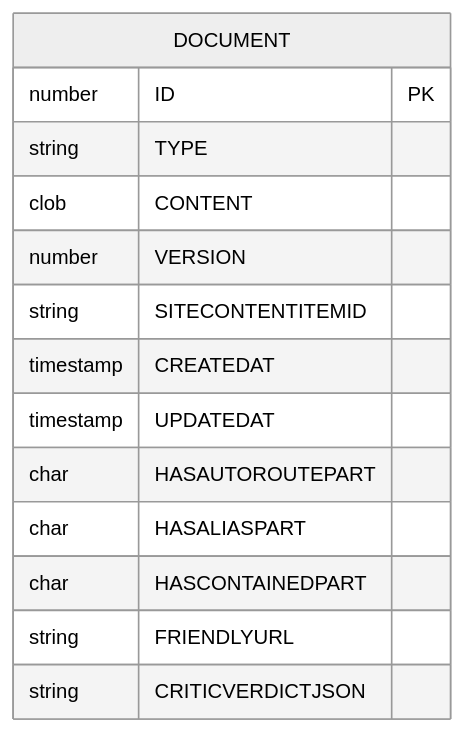
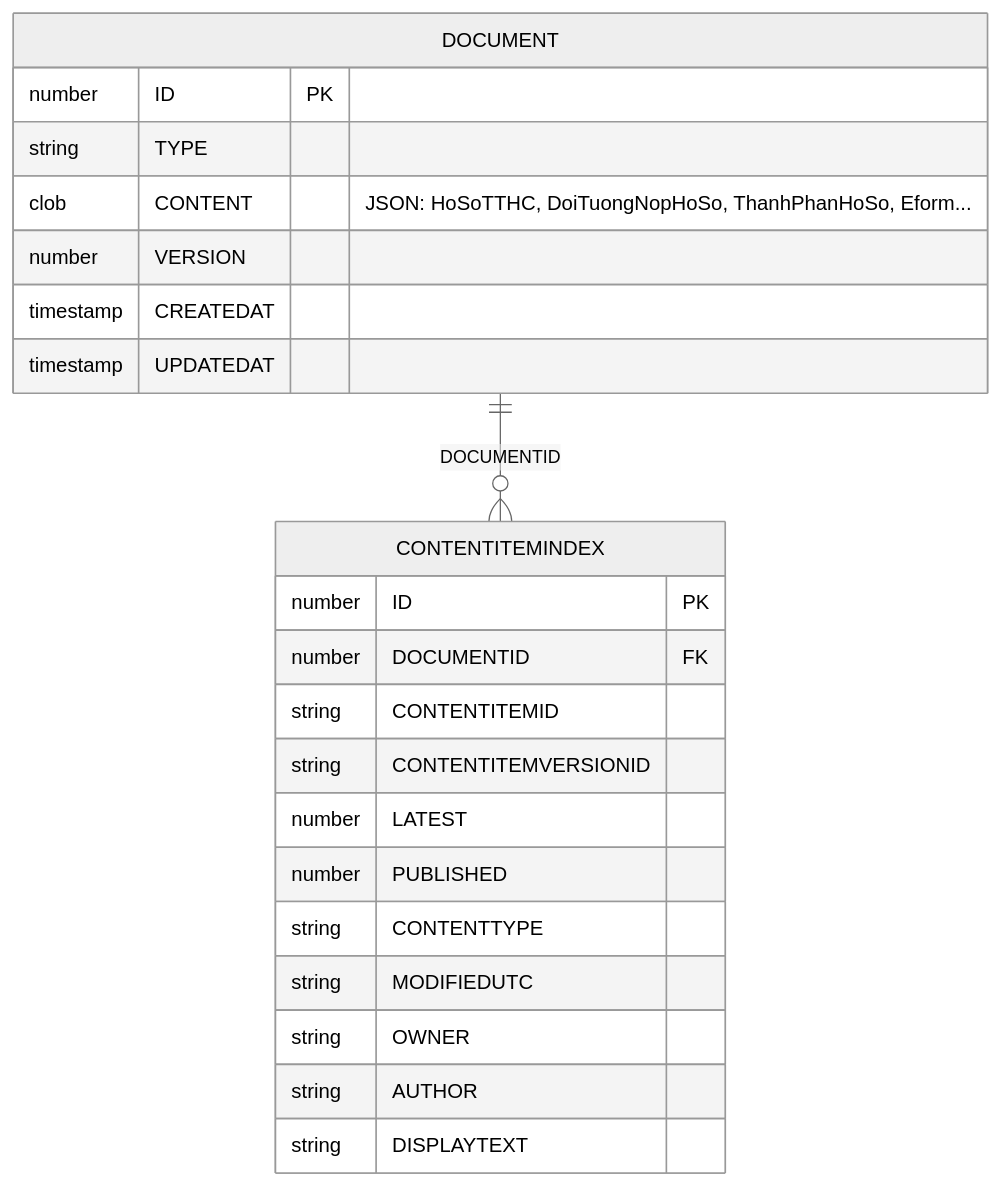
One commit to linhlvit/ubck_atomic_design changed the first of 2 diagrams in DataModel/working/Atomic/hld/TTHC_HLD_Tier1.md. Above: the diagram before and after it, drawn with Mermaid (neutral theme). The commit also changed other lines of this file and 25 other files, not shown here.

````diff
--- a/DataModel/working/Atomic/hld/TTHC_HLD_Tier1.md
+++ b/DataModel/working/Atomic/hld/TTHC_HLD_Tier1.md
@@ -20,17 +24,27 @@
 ```mermaid
 erDiagram
     DOCUMENT {
         number ID PK
         string TYPE
-        clob CONTENT
+        clob CONTENT "JSON: HoSoTTHC, DoiTuongNopHoSo, ThanhPhanHoSo, Eform..."
         number VERSION
-        string SITECONTENTITEMID
         timestamp CREATEDAT
         timestamp UPDATEDAT
-        char HASAUTOROUTEPART
-        char HASALIASPART
-        char HASCONTAINEDPART
-        string FRIENDLYURL
-        string CRITICVERDICTJSON
     }
+
+    CONTENTITEMINDEX {
+        number ID PK
+        number DOCUMENTID FK
+        string CONTENTITEMID
+        string CONTENTITEMVERSIONID
+        number LATEST
+        number PUBLISHED
+        string CONTENTTYPE
+        string MODIFIEDUTC
+        string OWNER
+        string AUTHOR
+        string DISPLAYTEXT
+    }
+
+    DOCUMENT ||--o{ CONTENTITEMINDEX : "DOCUMENTID"
 ```
````
